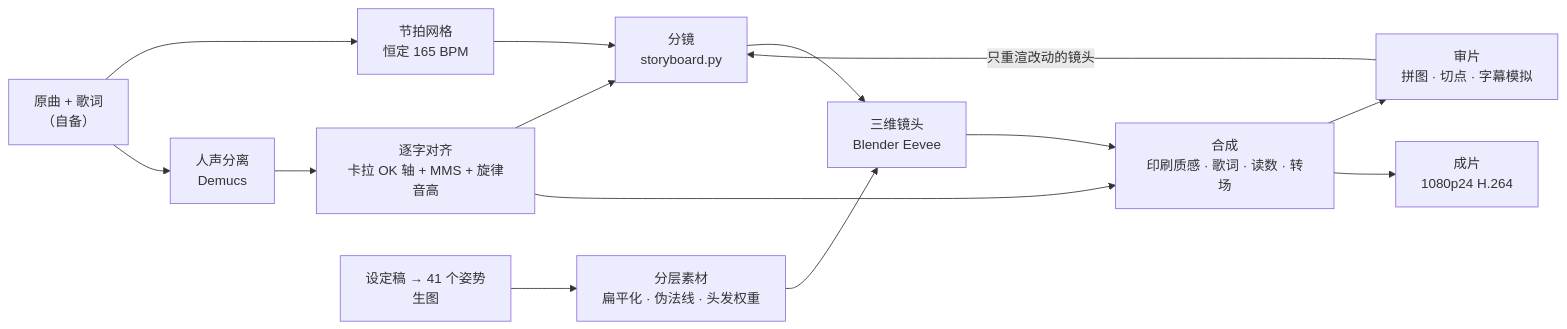
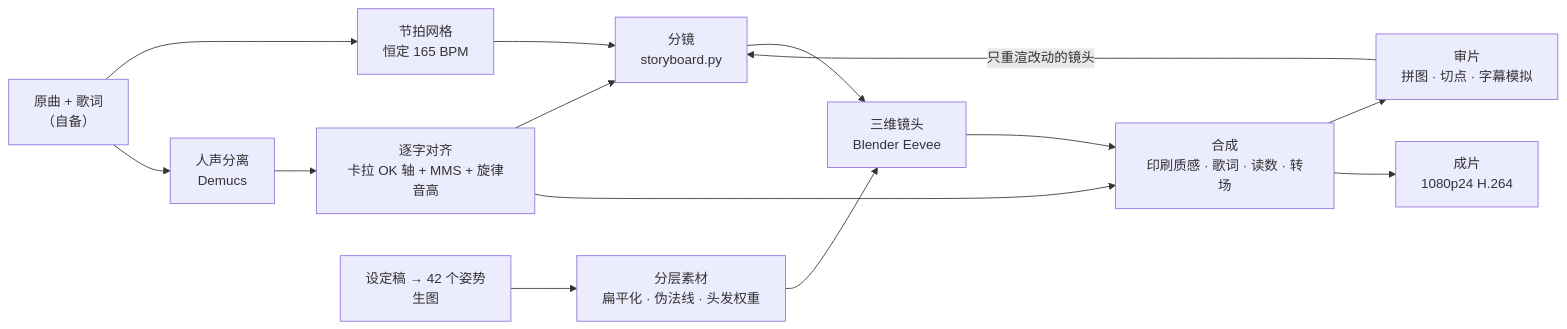
One commit to RepressedAlliance/MeltDown changed the diagram in README.md. Above: the diagram before and after it, drawn with Mermaid. The commit also changed other lines of this file and 17 other files, not shown here.

````diff
--- a/README.md
+++ b/README.md
@@ -100,16 +100,16 @@
 ```mermaid
 flowchart LR
   A["原曲 + 歌词<br/>（自备）"] --> B["节拍网格<br/>恒定 165 BPM"]
   A --> C["人声分离<br/>Demucs"]
   C --> D["逐字对齐<br/>卡拉 OK 轴 + MMS + 旋律音高"]
-  E["设定稿 → 41 个姿势<br/>生图"] --> F["分层素材<br/>扁平化 · 伪法线 · 头发权重"]
+  E["设定稿 → 42 个姿势<br/>生图"] --> F["分层素材<br/>扁平化 · 伪法线 · 头发权重"]
   B --> G["分镜<br/>storyboard.py"]
   D --> G
   G --> H["三维镜头<br/>Blender Eevee"]
   F --> H
   H --> I["合成<br/>印刷质感 · 歌词 · 读数 · 转场"]
   D --> I
   I --> J["审片<br/>拼图 · 切点 · 字幕模拟"]
   J -- "只重渲改动的镜头" --> G
   I --> K["成片<br/>1080p24 H.264"]
 ```
````
